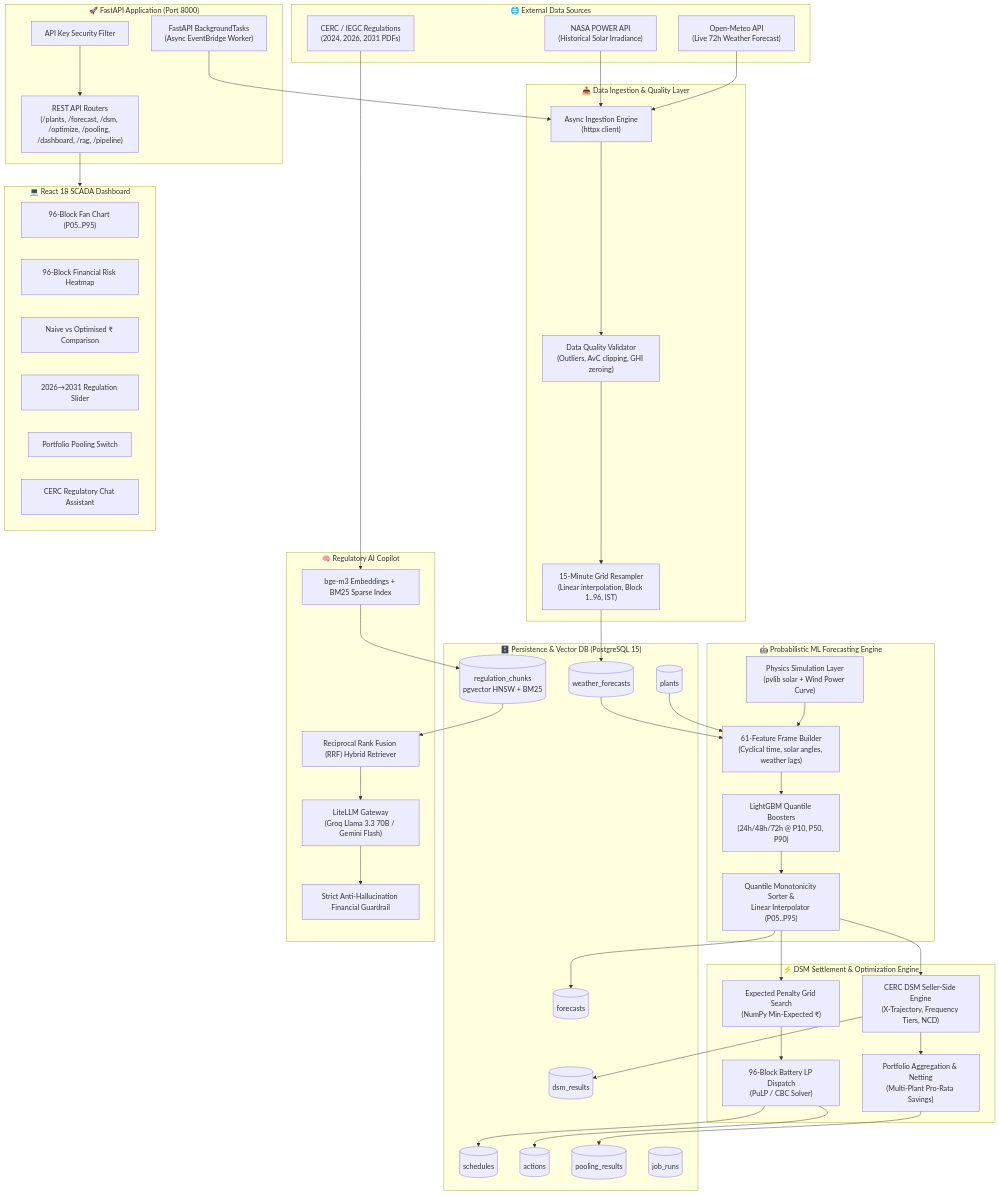
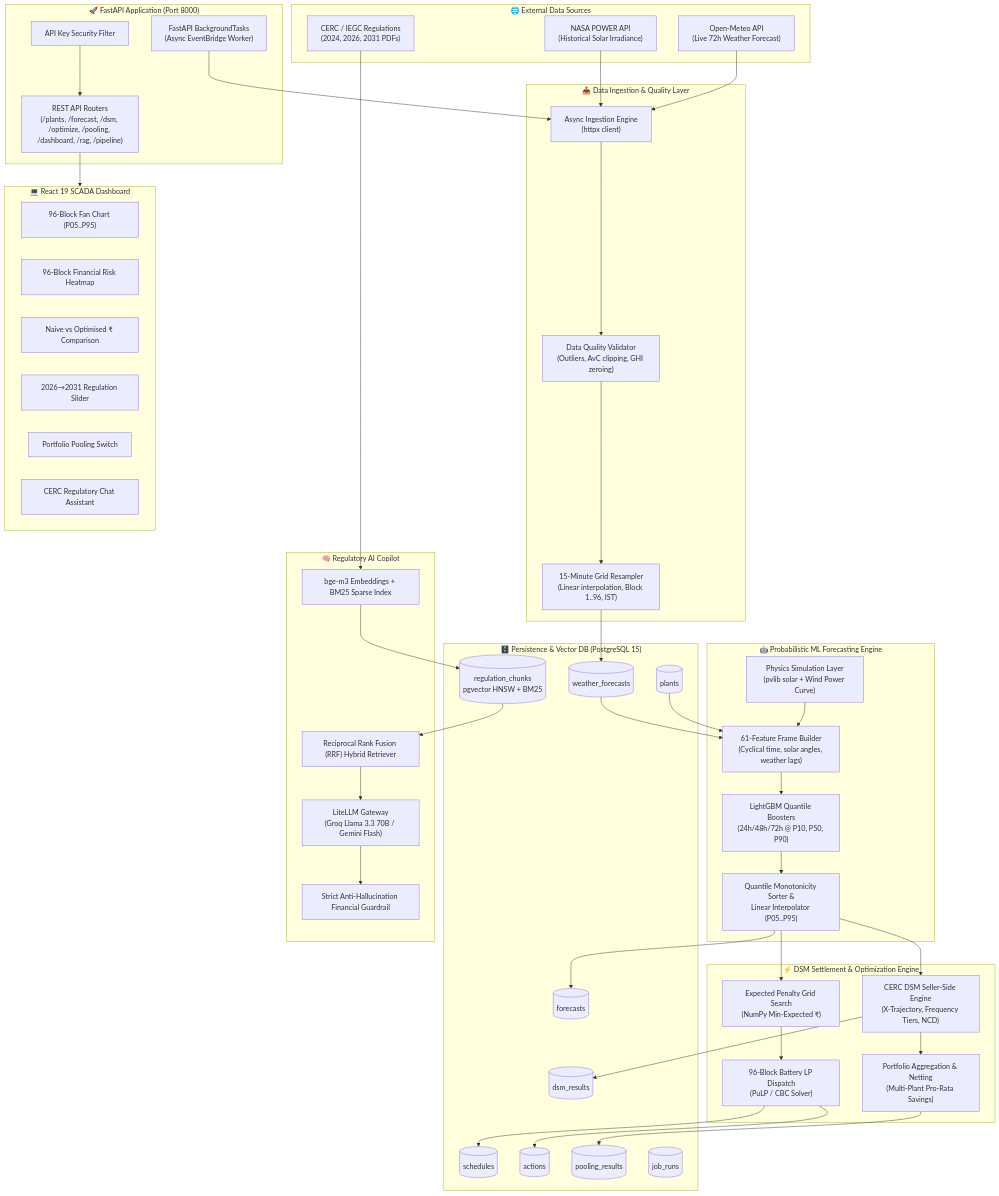
The first of 7 diagrams in docs/system_architecture.md (Meetvirugama/AI-Powered-Renewable-Generation-Forecasting-Platform), drawn with Mermaid before and after one commit. The commit also changed other lines of this file and 12 other files, not shown here.

```diff
--- a/docs/system_architecture.md
+++ b/docs/system_architecture.md
@@ -61,7 +61,7 @@
         BG_TASKS["FastAPI BackgroundTasks<br/>(Async EventBridge Worker)"]
     end
 
-    subgraph Presentation["💻 React 18 SCADA Dashboard"]
+    subgraph Presentation["💻 React 19 SCADA Dashboard"]
         FAN_CHART["96-Block Fan Chart (P05..P95)"]
         HEATMAP["96-Block Financial Risk Heatmap"]
         BARS["Naive vs Optimised ₹ Comparison"]
```
